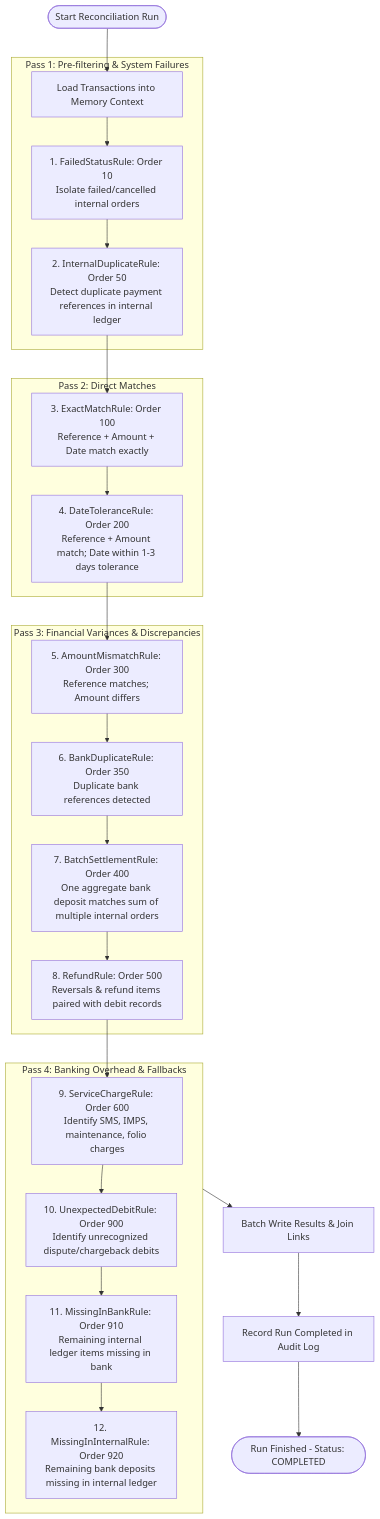
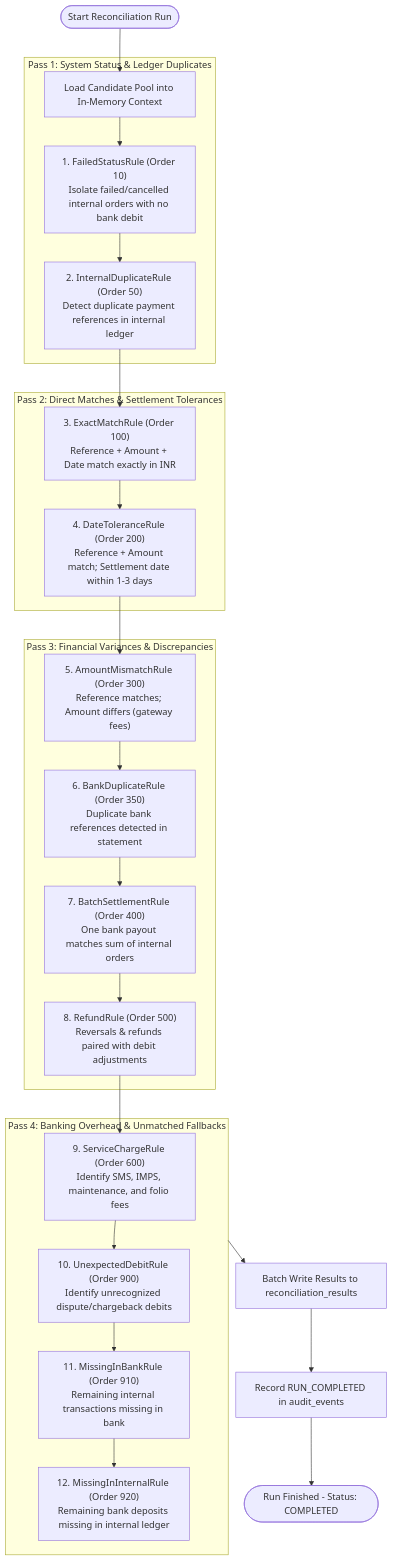
Before and after one commit to Kaifkhan1212/ReconcileX: the fourth of 6 diagrams in WORKFLOW.md, drawn with Mermaid. The commit also changed other lines of this file and 53 other files, not shown here.

````diff
--- a/WORKFLOW.md
+++ b/WORKFLOW.md
@@ -130,32 +131,32 @@
 ```mermaid
 flowchart TD
-    Start([Start Reconciliation Run]) --> LoadContext[Load Transactions into Memory Context]
+    Start([Start Reconciliation Run]) --> LoadContext[Load Candidate Pool into In-Memory Context]
     
-    subgraph Pass1["Pass 1: Pre-filtering & System Failures"]
-        LoadContext --> R10[1. FailedStatusRule: Order 10<br/>Isolate failed/cancelled internal orders]
-        R10 --> R50[2. InternalDuplicateRule: Order 50<br/>Detect duplicate payment references in internal ledger]
+    subgraph Pass1["Pass 1: System Status & Ledger Duplicates"]
+        LoadContext --> R10["1. FailedStatusRule (Order 10)<br/>Isolate failed/cancelled internal orders with no bank debit"]
+        R10 --> R50["2. InternalDuplicateRule (Order 50)<br/>Detect duplicate payment references in internal ledger"]
     end
 
-    subgraph Pass2["Pass 2: Direct Matches"]
-        R50 --> R100[3. ExactMatchRule: Order 100<br/>Reference + Amount + Date match exactly]
-        R100 --> R200[4. DateToleranceRule: Order 200<br/>Reference + Amount match; Date within 1-3 days tolerance]
+    subgraph Pass2["Pass 2: Direct Matches & Settlement Tolerances"]
+        R50 --> R100["3. ExactMatchRule (Order 100)<br/>Reference + Amount + Date match exactly in INR"]
+        R100 --> R200["4. DateToleranceRule (Order 200)<br/>Reference + Amount match; Settlement date within 1-3 days"]
     end
 
     subgraph Pass3["Pass 3: Financial Variances & Discrepancies"]
-        R200 --> R300[5. AmountMismatchRule: Order 300<br/>Reference matches; Amount differs]
-        R300 --> R350[6. BankDuplicateRule: Order 350<br/>Duplicate bank references detected]
-        R350 --> R400[7. BatchSettlementRule: Order 400<br/>One aggregate bank deposit matches sum of multiple internal orders]
-        R400 --> R500[8. RefundRule: Order 500<br/>Reversals & refund items paired with debit records]
+        R200 --> R300["5. AmountMismatchRule (Order 300)<br/>Reference matches; Amount differs (gateway fees)"]
+        R300 --> R350["6. BankDuplicateRule (Order 350)<br/>Duplicate bank references detected in statement"]
+        R350 --> R400["7. BatchSettlementRule (Order 400)<br/>One bank payout matches sum of internal orders"]
+        R400 --> R500["8. RefundRule (Order 500)<br/>Reversals & refunds paired with debit adjustments"]
     end
 
-    subgraph Pass4["Pass 4: Banking Overhead & Fallbacks"]
-        R500 --> R600[9. ServiceChargeRule: Order 600<br/>Identify SMS, IMPS, maintenance, folio charges]
-        R600 --> R900[10. UnexpectedDebitRule: Order 900<br/>Identify unrecognized dispute/chargeback debits]
-        R900 --> R910[11. MissingInBankRule: Order 910<br/>Remaining internal ledger items missing in bank]
-        R910 --> R920[12. MissingInInternalRule: Order 920<br/>Remaining bank deposits missing in internal ledger]
+    subgraph Pass4["Pass 4: Banking Overhead & Unmatched Fallbacks"]
+        R500 --> R600["9. ServiceChargeRule (Order 600)<br/>Identify SMS, IMPS, maintenance, and folio fees"]
+        R600 --> R900["10. UnexpectedDebitRule (Order 900)<br/>Identify unrecognized dispute/chargeback debits"]
+        R900 --> R910["11. MissingInBankRule (Order 910)<br/>Remaining internal transactions missing in bank"]
+        R910 --> R920["12. MissingInInternalRule (Order 920)<br/>Remaining bank deposits missing in internal ledger"]
     end
 
-    Pass4 --> BatchPersist[Batch Write Results & Join Links]
-    BatchPersist --> AuditRun[Record Run Completed in Audit Log]
+    Pass4 --> BatchPersist[Batch Write Results to reconciliation_results]
+    BatchPersist --> AuditRun[Record RUN_COMPLETED in audit_events]
     AuditRun --> End([Run Finished - Status: COMPLETED])
 ```
````
